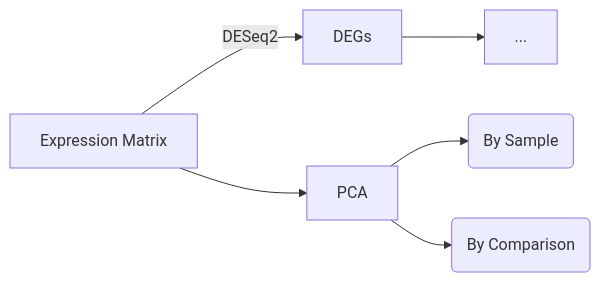
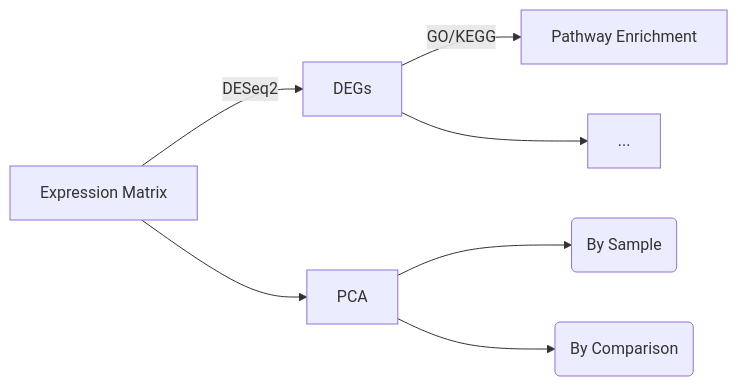
The second of 2 diagrams in README.md (XLions/Singh_RNA-Seq), drawn with Mermaid before and after one commit.

````diff
--- a/README.md
+++ b/README.md
@@ -19,8 +19,8 @@
 ```mermaid
 graph LR
-    A[Expression Matrix] -- DESeq2 --> B[DEGs]
+    A[Expression Matrix] -- DESeq2 --> B[DEGs] -- GO/KEGG --> G[Pathway Enrichment]
     A --> C[PCA]
     C --> D(By Sample)
     C --> E(By Comparison)
     B --> F[...]
 ```
````
